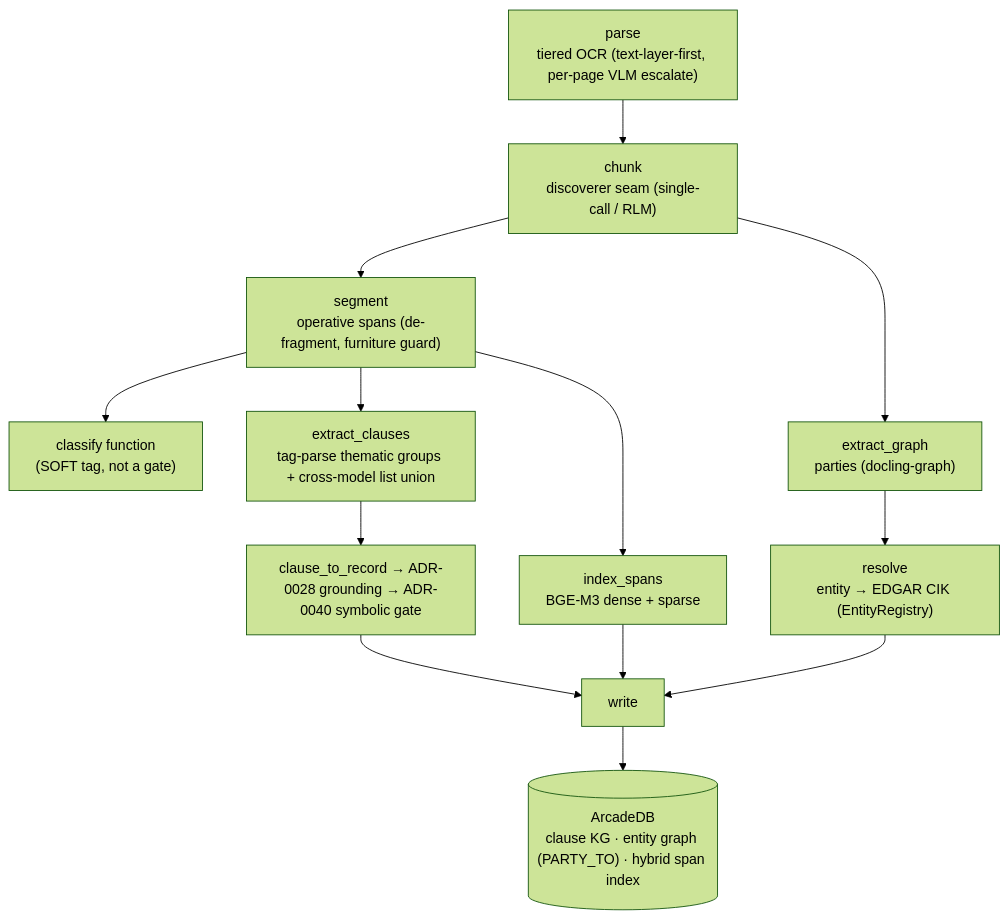
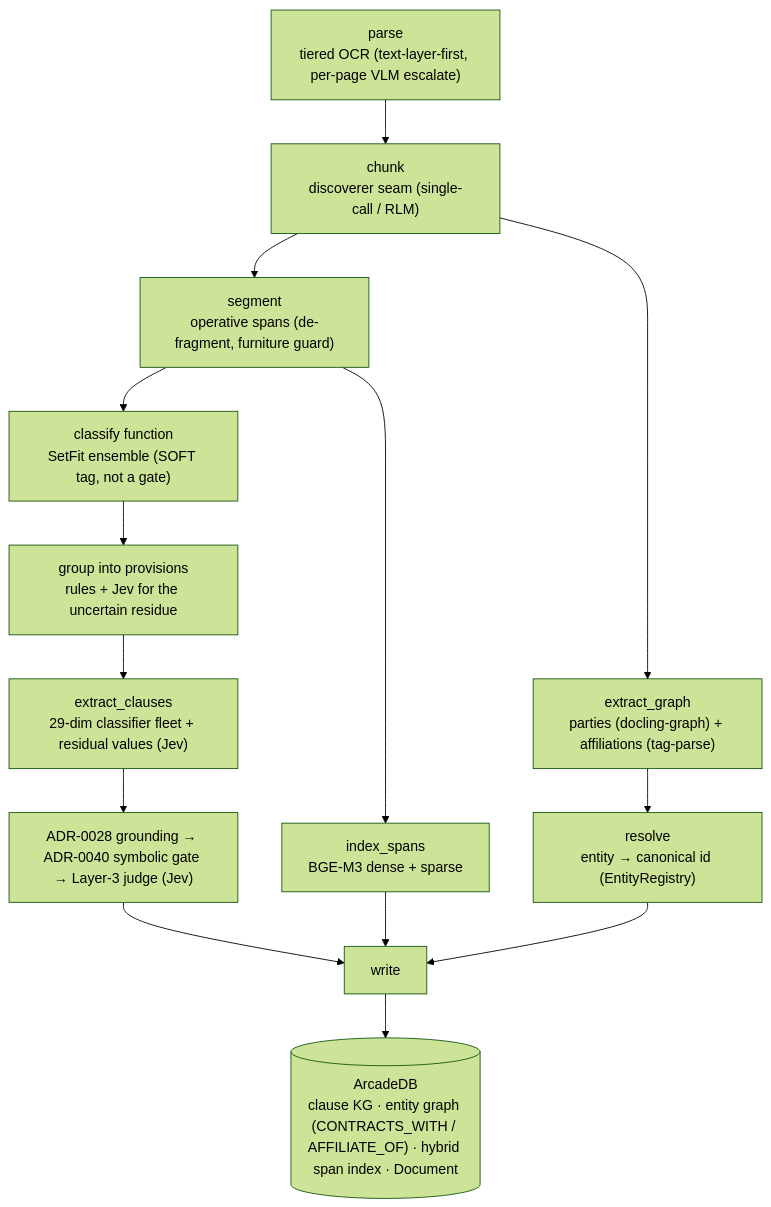
One commit to fzaidi-dai/RAG_Wright changed the second of 5 diagrams in docs/ARCHITECTURE_OVERVIEW.md. Above: the diagram before and after it, drawn with Mermaid (forest theme). The commit also changed other lines of this file and 38 other files, not shown here.

````diff
--- a/docs/ARCHITECTURE_OVERVIEW.md
+++ b/docs/ARCHITECTURE_OVERVIEW.md
@@ -52,15 +58,16 @@
 ```mermaid
 flowchart TD
   P["parse<br/>tiered OCR (text-layer-first, per-page VLM escalate)"] --> C["chunk<br/>discoverer seam (single-call / RLM)"]
   C --> S["segment<br/>operative spans (de-fragment, furniture guard)"]
-  S --> CL["classify function<br/>(SOFT tag, not a gate)"]
-  S --> EX["extract_clauses<br/>tag-parse thematic groups + cross-model list union"]
+  S --> CL["classify function<br/>SetFit ensemble (SOFT tag, not a gate)"]
+  CL --> PG["group into provisions<br/>rules + Jev for the uncertain residue"]
+  PG --> EX["extract_clauses<br/>29-dim classifier fleet + residual values (Jev)"]
   S --> IX["index_spans<br/>BGE-M3 dense + sparse"]
-  C --> GR["extract_graph<br/>parties (docling-graph)"]
-  EX --> GATE["clause_to_record → ADR-0028 grounding → ADR-0040 symbolic gate"]
-  GR --> RES["resolve<br/>entity → EDGAR CIK (EntityRegistry)"]
+  C --> GR["extract_graph<br/>parties (docling-graph) + affiliations (tag-parse)"]
+  EX --> GATE["ADR-0028 grounding → ADR-0040 symbolic gate → Layer-3 judge (Jev)"]
+  GR --> RES["resolve<br/>entity → canonical id (EntityRegistry)"]
   GATE --> W["write"]
   RES --> W
   IX --> W
-  W --> KG[("ArcadeDB<br/>clause KG · entity graph (PARTY_TO) · hybrid span index")]
+  W --> KG[("ArcadeDB<br/>clause KG · entity graph (CONTRACTS_WITH / AFFILIATE_OF) · hybrid span index · Document")]
 ```
````
